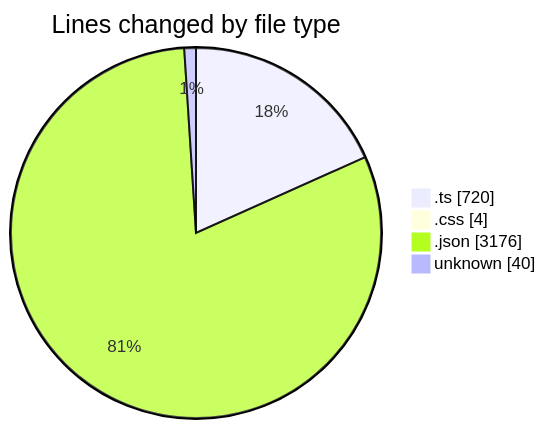
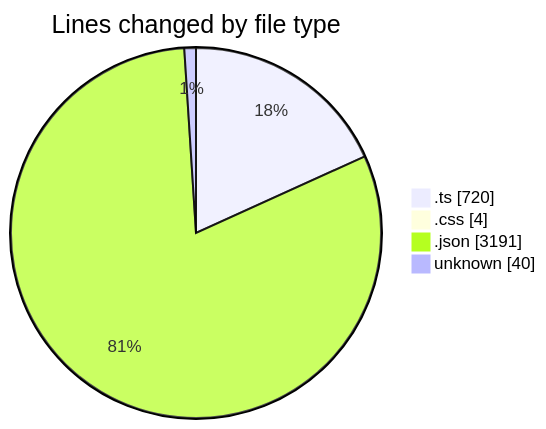
One commit to EIIisD/code-tracking changed the first of 2 diagrams in 2025-07-13/tampermonkey/README.md. Above: the diagram before and after it, drawn with Mermaid. The commit also changed other lines of this file and 1 other file, not shown here.

````diff
--- a/2025-07-13/tampermonkey/README.md
+++ b/2025-07-13/tampermonkey/README.md
@@ -33,8 +33,8 @@
 ```mermaid
 pie showData
 title Lines changed by file type
 ".ts" : 720
 ".css" : 4
-".json" : 3176
+".json" : 3191
 "unknown" : 40
 ```
````
